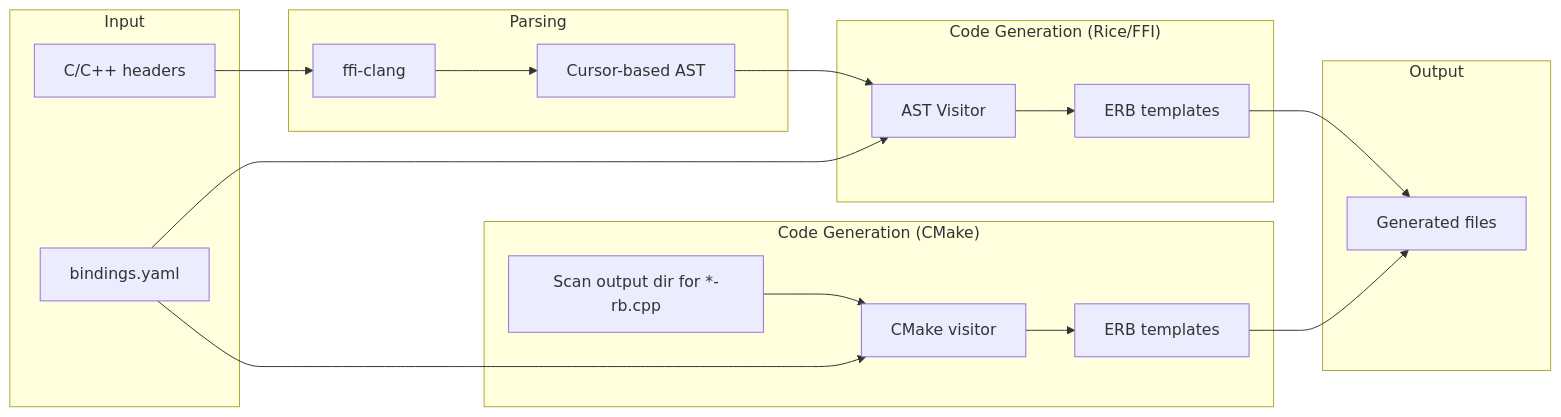
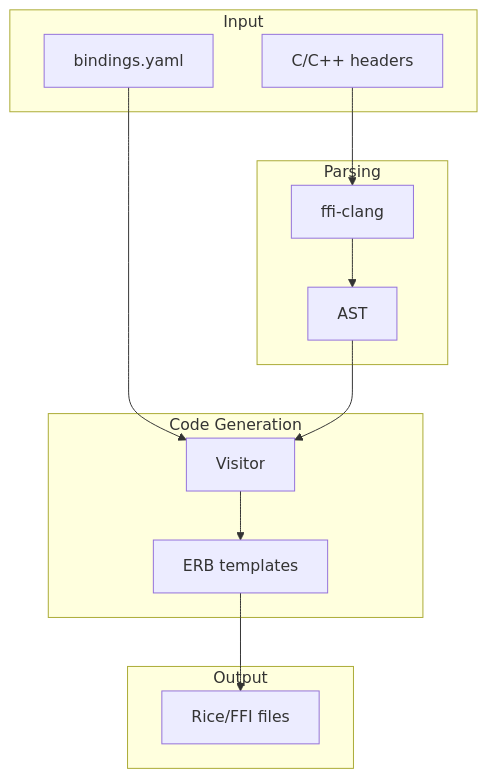
One commit to ruby-rice/ruby-bindgen changed the first of 2 diagrams in docs/architecture.md. Above: the diagram before and after it, drawn with Mermaid. The commit also changed other lines of this file and 6 other files, not shown here.

````diff
--- a/docs/architecture.md
+++ b/docs/architecture.md
@@ -7,38 +32,28 @@
 ``` mermaid
-flowchart LR
+flowchart TD
     subgraph Input
         H["C/C++ headers"]
         Y["bindings.yaml"]
     end
 
     subgraph Parsing
         FC["ffi-clang"]
-        AST["Cursor-based AST"]
+        AST["AST"]
         FC --> AST
     end
 
-    subgraph "Code Generation (Rice/FFI)"
-        V1["AST Visitor"]
+    subgraph "Code Generation"
+        V1["Visitor"]
         ERB1["ERB templates"]
         V1 --> ERB1
     end
 
-    subgraph "Code Generation (CMake)"
-        FS["Scan output dir for *-rb.cpp"]
-        V2["CMake visitor"]
-        ERB2["ERB templates"]
-        FS --> V2
-        V2 --> ERB2
-    end
-
     subgraph Output
-        F["Generated files"]
+        F["Rice/FFI files"]
     end
 
     H --> FC
     Y --> V1
     AST --> V1
-    Y --> V2
     ERB1 --> F
-    ERB2 --> F
 ```
````
